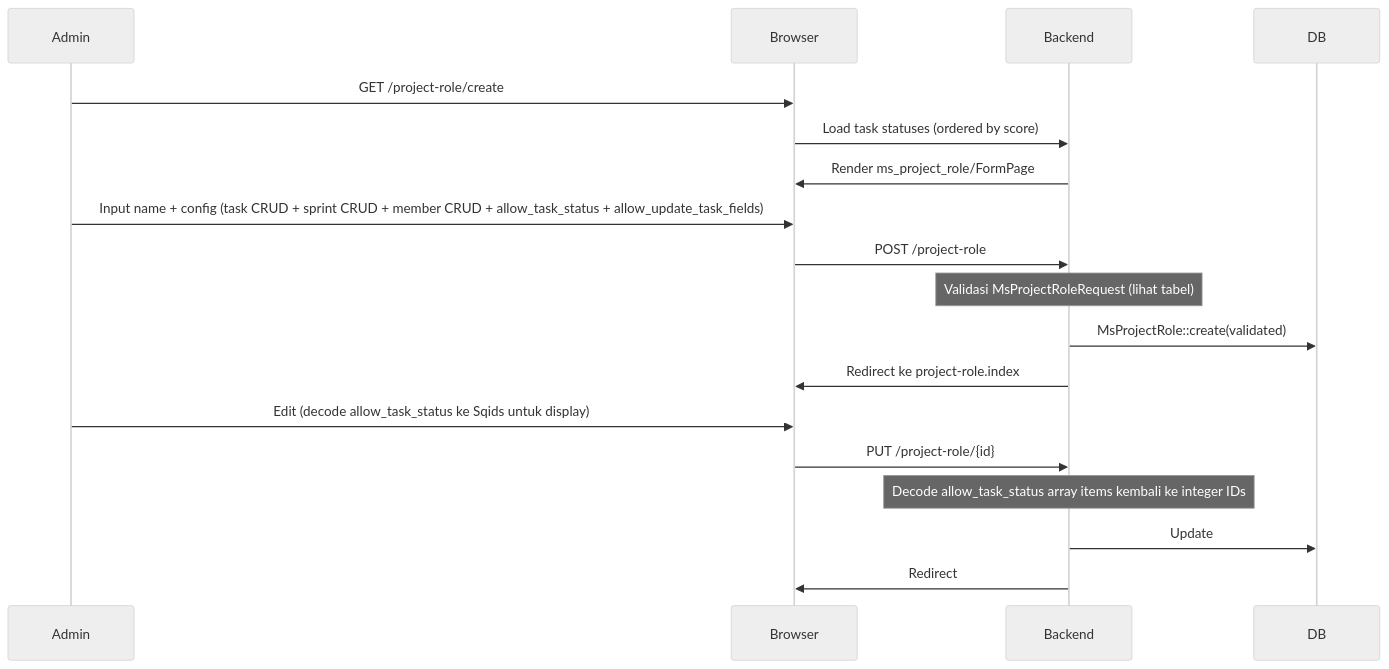
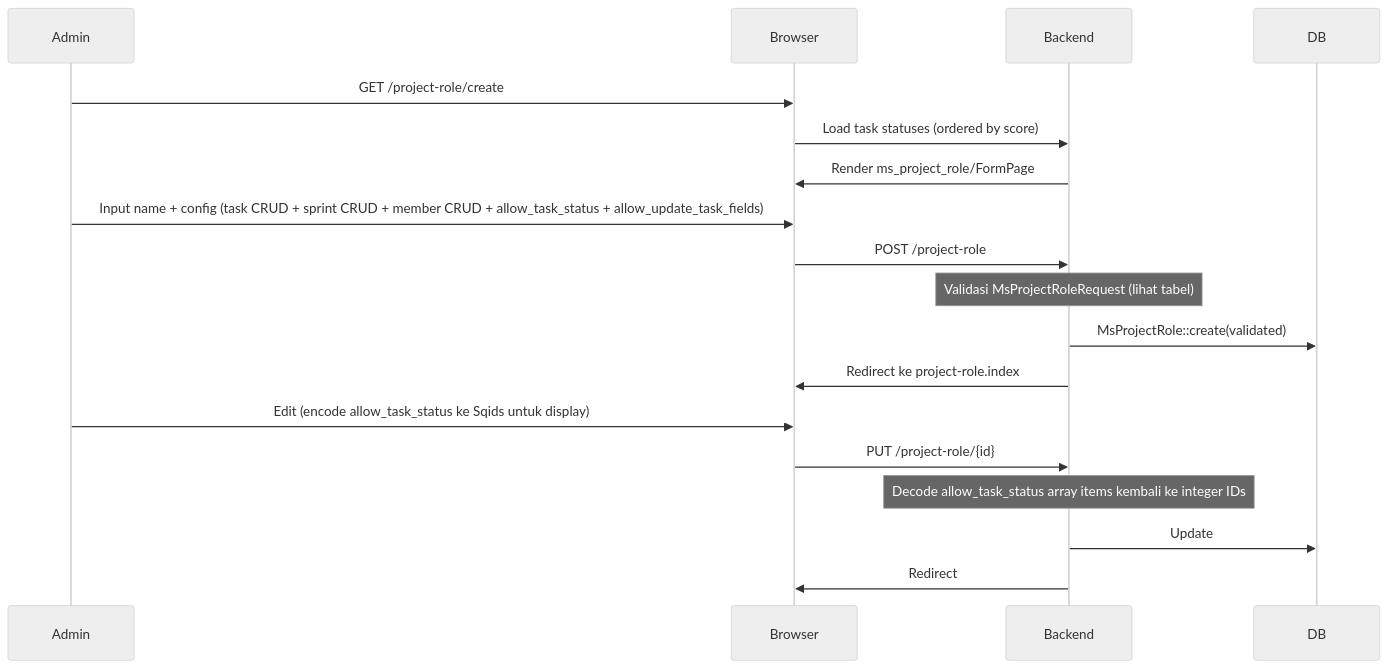
One commit to priamitra273/laptoplain changed the second of 2 diagrams in docs/master-data/overview.md. Above: the diagram before and after it, drawn with Mermaid (neutral theme). The commit also changed other lines of this file and 14 other files, not shown here.

````diff
--- a/docs/master-data/overview.md
+++ b/docs/master-data/overview.md
@@ -91,19 +91,19 @@
 ```mermaid
 sequenceDiagram
     Admin->>Browser: GET /project-role/create
     Browser->>Backend: Load task statuses (ordered by score)
     Backend->>Browser: Render ms_project_role/FormPage
 
     Admin->>Browser: Input name + config (task CRUD + sprint CRUD + member CRUD + allow_task_status + allow_update_task_fields)
     Browser->>Backend: POST /project-role
 
     Note over Backend: Validasi MsProjectRoleRequest (lihat tabel)
     Backend->>DB: MsProjectRole::create(validated)
     Backend->>Browser: Redirect ke project-role.index
 
-    Admin->>Browser: Edit (decode allow_task_status ke Sqids untuk display)
+    Admin->>Browser: Edit (encode allow_task_status ke Sqids untuk display)
     Browser->>Backend: PUT /project-role/{id}
     Note over Backend: Decode allow_task_status array items kembali ke integer IDs
     Backend->>DB: Update
     Backend->>Browser: Redirect
 ```
````
